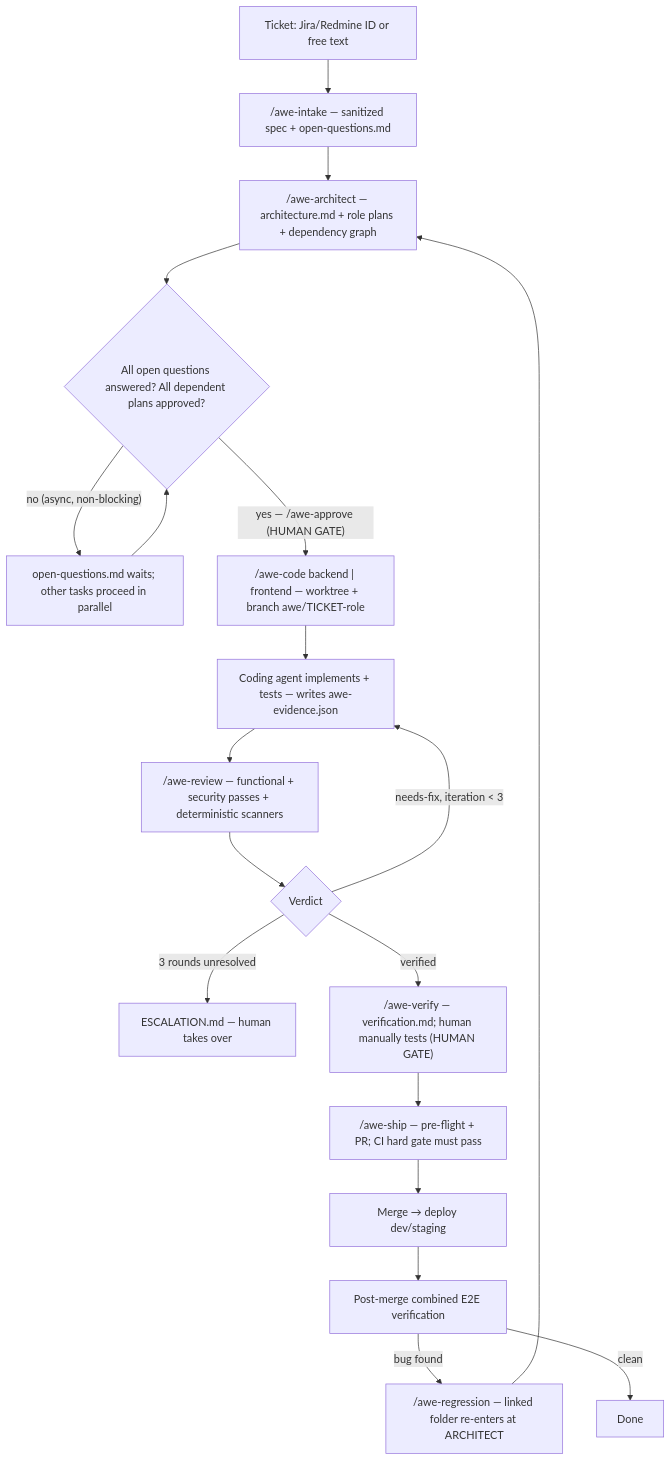
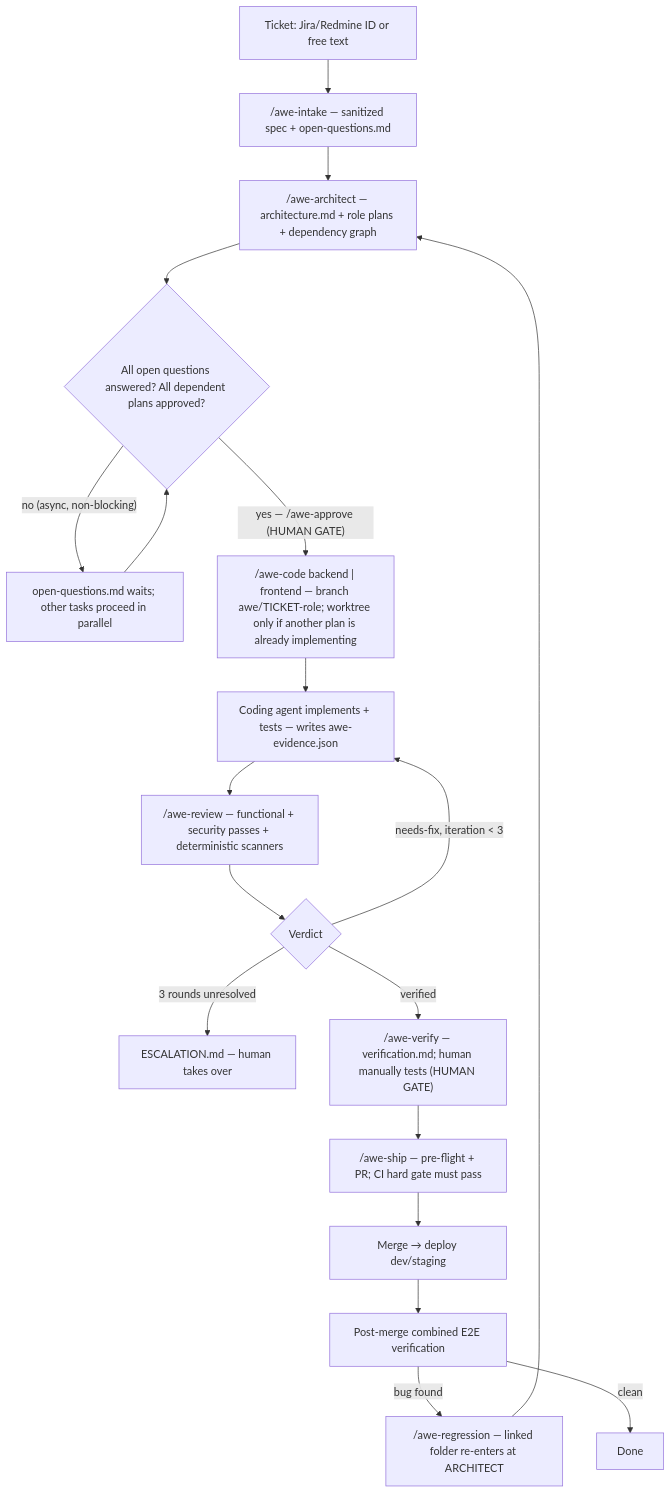
Before and after one commit to muizather/rt-coding-essentials: the first of 11 diagrams in docs/FLOW.md, drawn with Mermaid. The commit also changed other lines of this file and 26 other files, not shown here.

````diff
--- a/docs/FLOW.md
+++ b/docs/FLOW.md
@@ -16,21 +16,21 @@
 ```mermaid
 flowchart TD
     A["Ticket: Jira/Redmine ID or free text"] --> B["/awe-intake — sanitized spec + open-questions.md"]
     B --> C["/awe-architect — architecture.md + role plans + dependency graph"]
     C --> D{"All open questions answered? All dependent plans approved?"}
     D -- "no (async, non-blocking)" --> DQ["open-questions.md waits; other tasks proceed in parallel"]
     DQ --> D
-    D -- "yes — /awe-approve (HUMAN GATE)" --> E["/awe-code backend | frontend — worktree + branch awe/TICKET-role"]
+    D -- "yes — /awe-approve (HUMAN GATE)" --> E["/awe-code backend | frontend — branch awe/TICKET-role; worktree only if another plan is already implementing"]
     E --> F["Coding agent implements + tests — writes awe-evidence.json"]
     F --> G["/awe-review — functional + security passes + deterministic scanners"]
     G --> H{"Verdict"}
     H -- "needs-fix, iteration < 3" --> F
     H -- "3 rounds unresolved" --> ESC["ESCALATION.md — human takes over"]
     H -- "verified" --> I["/awe-verify — verification.md; human manually tests (HUMAN GATE)"]
     I --> J["/awe-ship — pre-flight + PR; CI hard gate must pass"]
     J --> K["Merge → deploy dev/staging"]
     K --> L["Post-merge combined E2E verification"]
     L -- "bug found" --> M["/awe-regression — linked folder re-enters at ARCHITECT"]
     M --> C
     L -- "clean" --> N["Done"]
 ```
````
